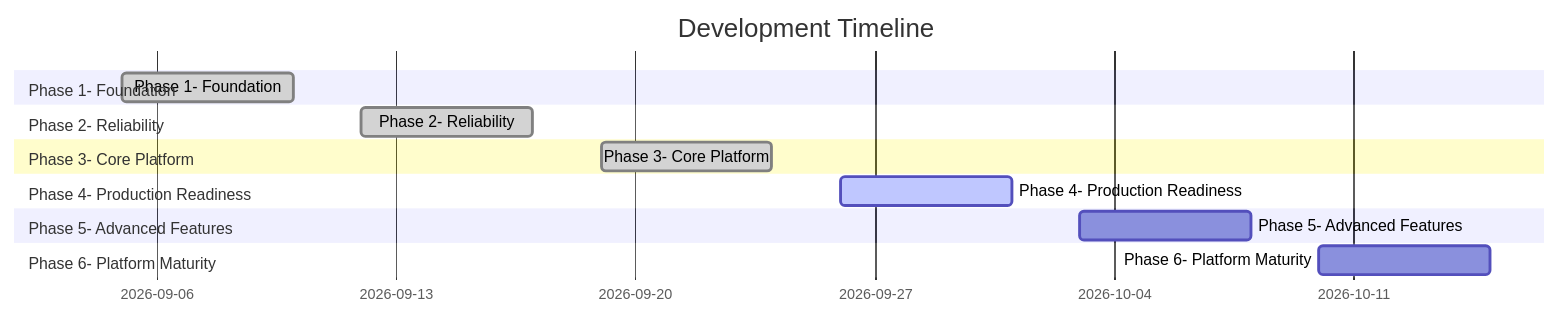
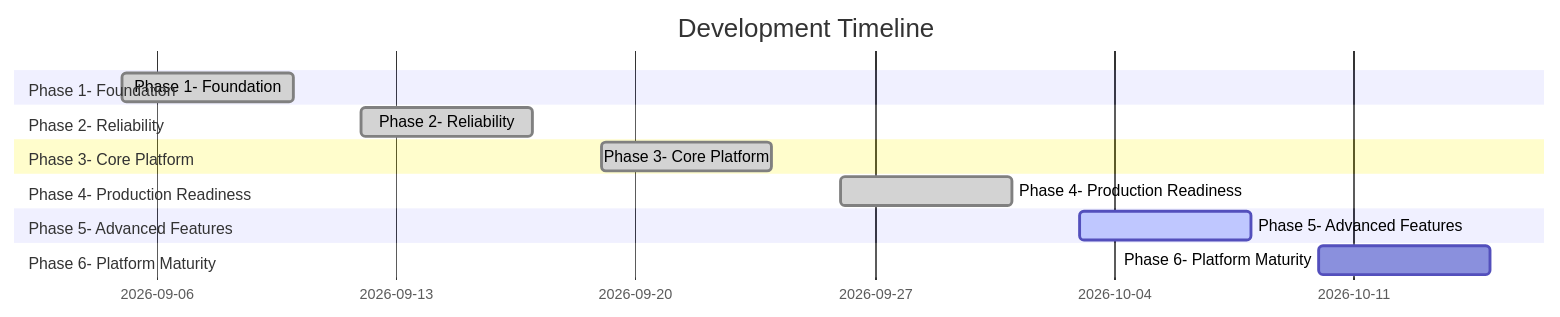
One commit to Alkamenos/smart-home-platform changed the diagram in ROADMAP.md. Above: the diagram before and after it, drawn with Mermaid. The commit also changed other lines of this file and 59 other files, not shown here.

First line of the commit message:
feat: implement room-based architecture

````diff
--- a/ROADMAP.md
+++ b/ROADMAP.md
@@ -10,24 +5,24 @@
 ```mermaid
 gantt
     title Development Timeline
     dateFormat YYYY-MM-DD
 
     section Phase 1- Foundation
     Phase 1- Foundation :done, p1, 2026-09-05, 2026-09-10
 
     section Phase 2- Reliability
     Phase 2- Reliability :done, p2, 2026-09-12, 2026-09-17
 
     section Phase 3- Core Platform
     Phase 3- Core Platform :done, p3, 2026-09-19, 2026-09-24
 
     section Phase 4- Production Readiness
-    Phase 4- Production Readiness :active, p4, 2026-09-26, 2026-10-01
+    Phase 4- Production Readiness :done, p4, 2026-09-26, 2026-10-01
 
     section Phase 5- Advanced Features
-    Phase 5- Advanced Features :p5, 2026-10-03, 2026-10-08
+    Phase 5- Advanced Features :active, p5, 2026-10-03, 2026-10-08
 
     section Phase 6- Platform Maturity
     Phase 6- Platform Maturity :p6, 2026-10-10, 2026-10-15
 
 ```
````
